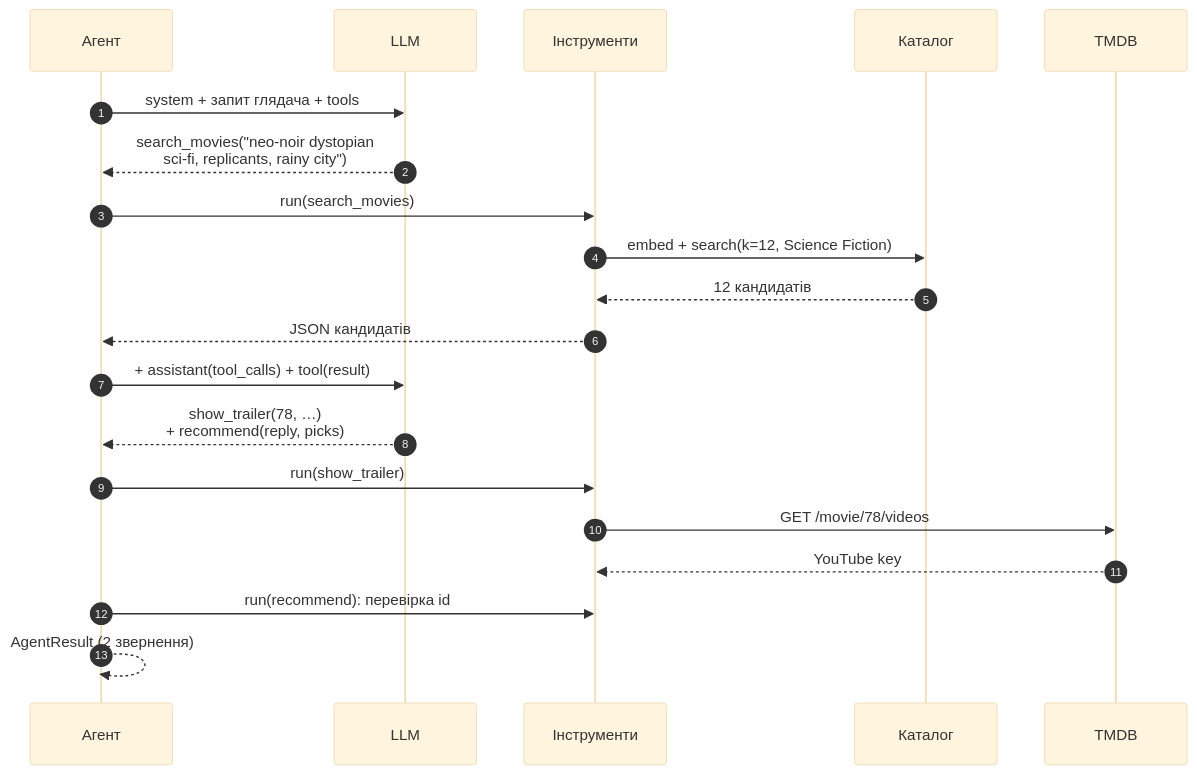
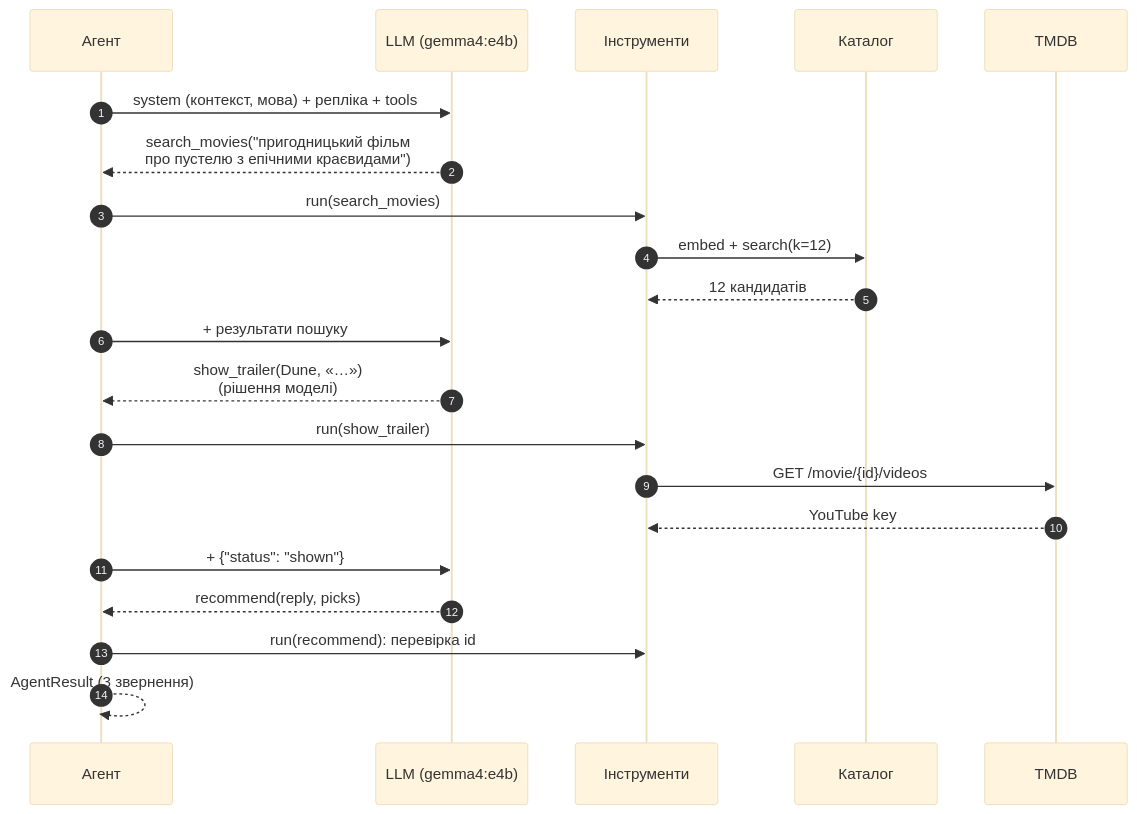
One commit to woldemarg/movie_rs changed the third of 3 diagrams in docs/03-llm-and-tool-calling.md. Above: the diagram before and after it, drawn with Mermaid (base theme). The commit also changed other lines of this file and 15 other files, not shown here.

````diff
--- a/docs/03-llm-and-tool-calling.md
+++ b/docs/03-llm-and-tool-calling.md
@@ -144,23 +162,24 @@
 ```mermaid
 sequenceDiagram
     autonumber
     participant A as Агент
-    participant M as LLM
+    participant M as LLM (gemma4:e4b)
     participant T as Інструменти
     participant C as Каталог
     participant D as TMDB
 
-    A->>M: system + запит глядача + tools
-    M-->>A: search_movies("neo-noir dystopian<br/>sci-fi, replicants, rainy city")
+    A->>M: system (контекст, мова) + репліка + tools
+    M-->>A: search_movies("пригодницький фільм<br/>про пустелю з епічними краєвидами")
     A->>T: run(search_movies)
-    T->>C: embed + search(k=12, Science Fiction)
+    T->>C: embed + search(k=12)
     C-->>T: 12 кандидатів
-    T-->>A: JSON кандидатів
-    A->>M: + assistant(tool_calls) + tool(result)
-    M-->>A: show_trailer(78, …)<br/>+ recommend(reply, picks)
+    A->>M: + результати пошуку
+    M-->>A: show_trailer(Dune, «…»)<br/>(рішення моделі)
     A->>T: run(show_trailer)
-    T->>D: GET /movie/78/videos
+    T->>D: GET /movie/{id}/videos
     D-->>T: YouTube key
+    A->>M: + {"status": "shown"}
+    M-->>A: recommend(reply, picks)
     A->>T: run(recommend): перевірка id
-    A-->>A: AgentResult (2 звернення)
+    A-->>A: AgentResult (3 звернення)
 ```
````
